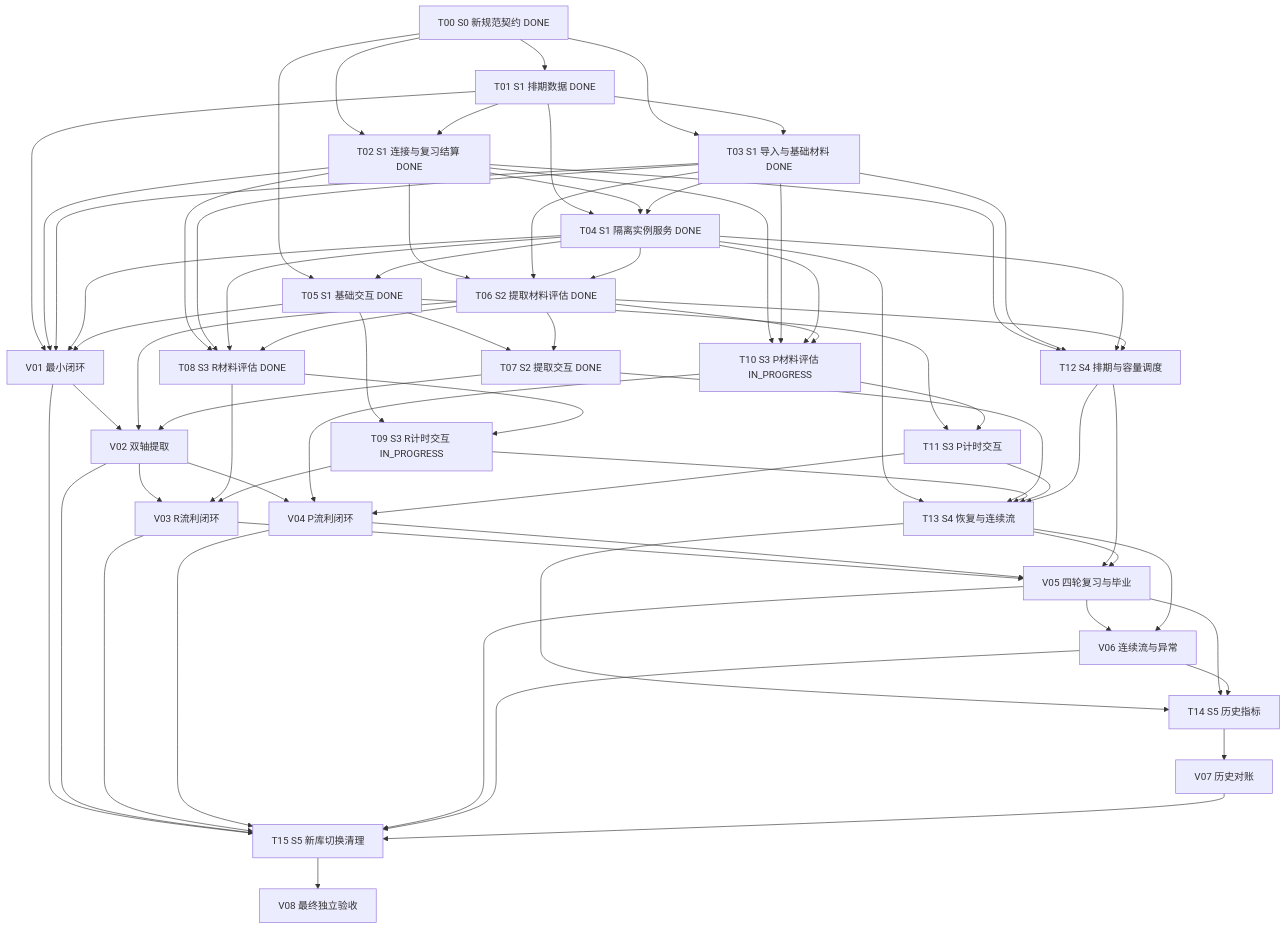
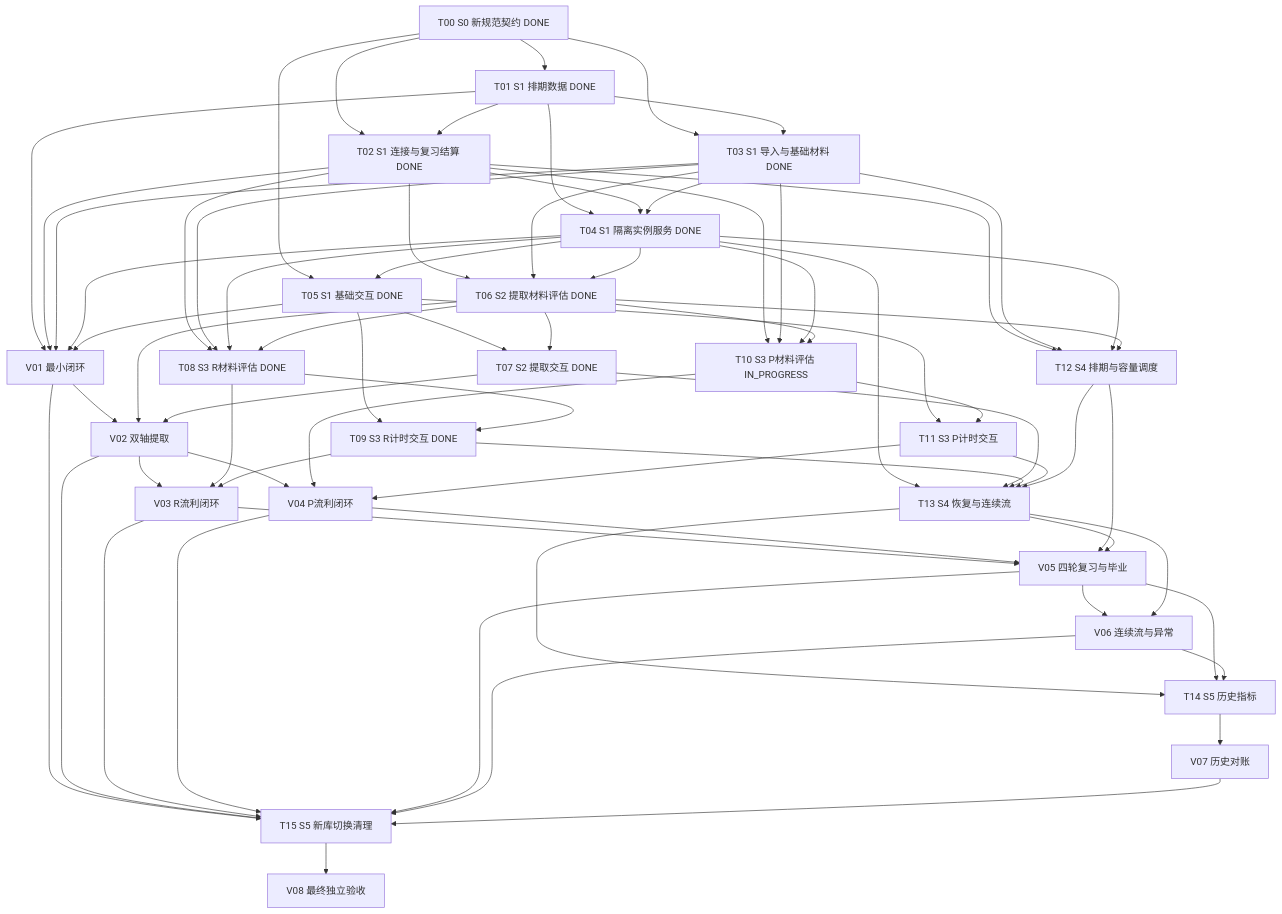
Before and after one commit to logact/flow: the diagram in docs/task-implementation-new-algorithm.md, drawn with Mermaid. The commit also changed other lines of this file and 5 other files, not shown here.

```diff
--- a/docs/task-implementation-new-algorithm.md
+++ b/docs/task-implementation-new-algorithm.md
@@ -347,7 +347,7 @@
   T07["T07 S2 提取交互 DONE"]
   V02["V02 双轴提取"]
   T08["T08 S3 R材料评估 DONE"]
-  T09["T09 S3 R计时交互 IN_PROGRESS"]
+  T09["T09 S3 R计时交互 DONE"]
   T10["T10 S3 P材料评估 IN_PROGRESS"]
   T11["T11 S3 P计时交互"]
   V03["V03 R流利闭环"]
```
